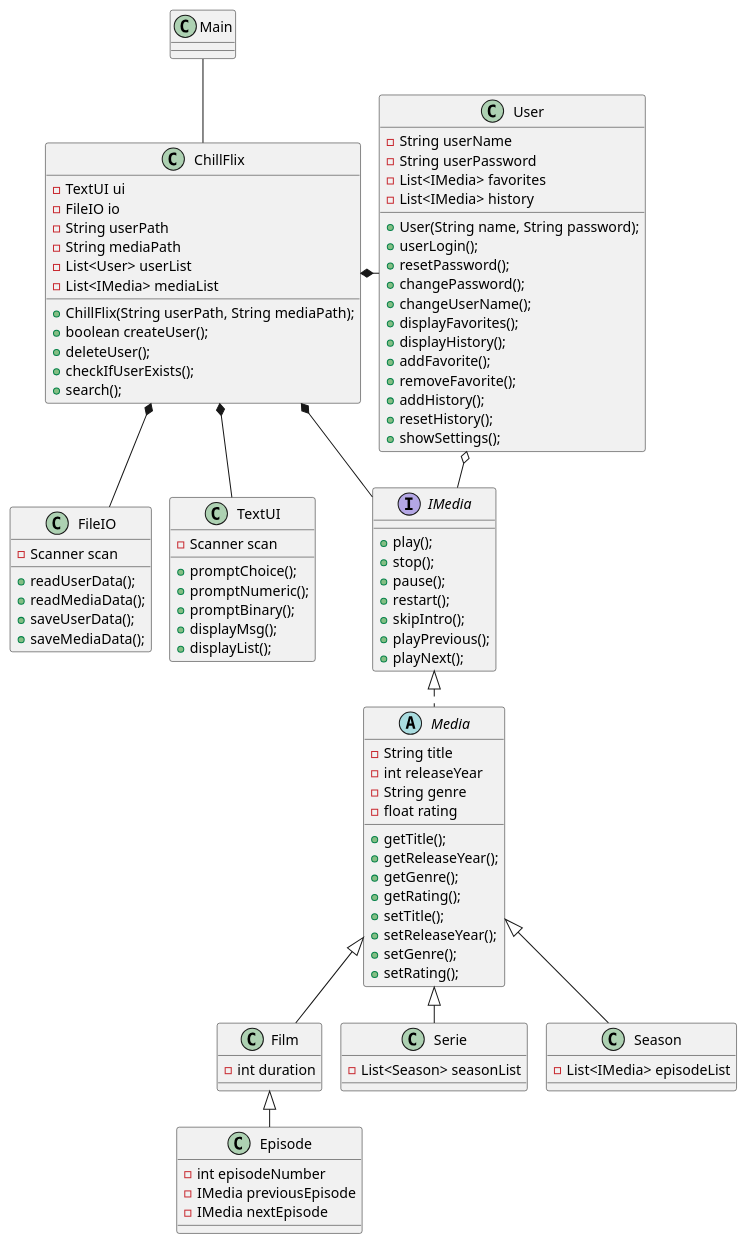
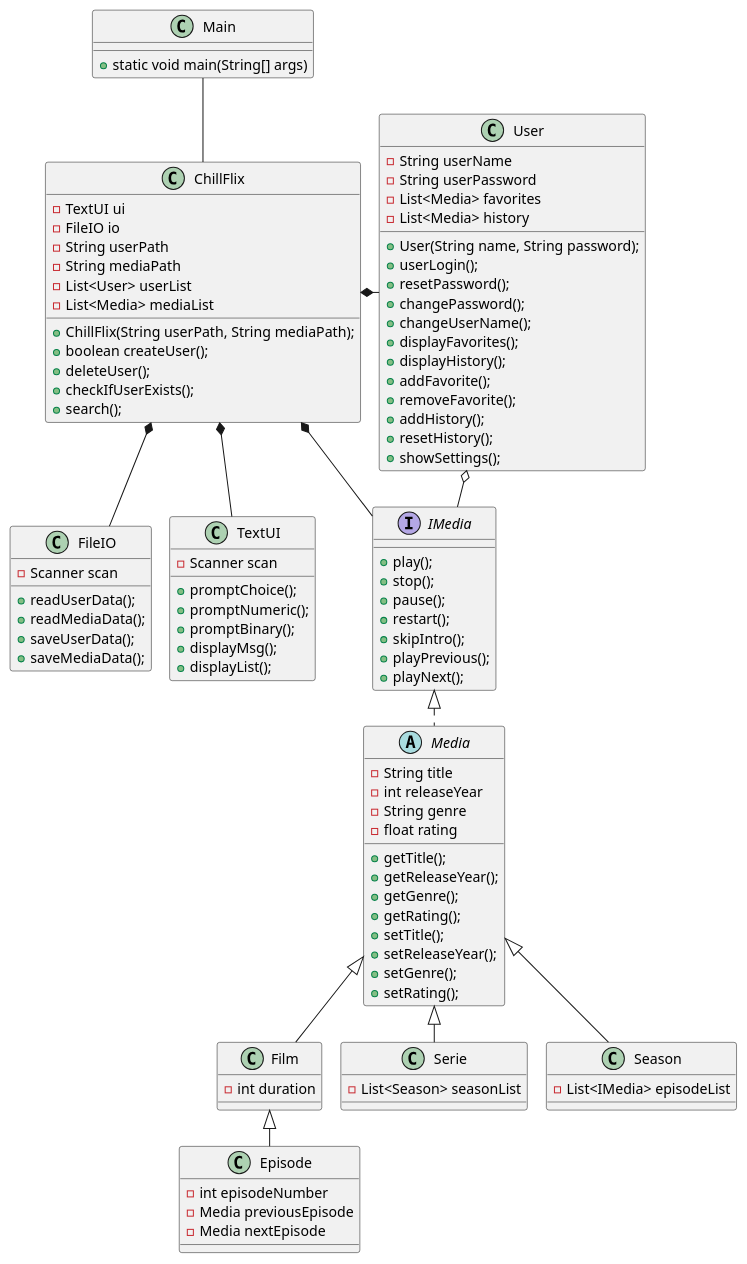
One commit to Falcho/SP3 changed the diagram in docs/classDiagram.puml. Above: the diagram before and after it, drawn with PlantUML.

Commit message:
Opdateret klassediagram v2

```diff
--- a/docs/classDiagram.puml
+++ b/docs/classDiagram.puml
@@ -1,110 +1,114 @@
 @startuml
 'https://plantuml.com/class-diagram
 !pragma layout smetana
+
+Class Main{
++static void main(String[] args)
+}
 
 Class ChillFlix{
 -TextUI ui
 -FileIO io
 -String userPath
 -String mediaPath
 -List<User> userList
--List<IMedia> mediaList
+-List<Media> mediaList
 +ChillFlix(String userPath, String mediaPath);
 +boolean createUser();
 +deleteUser();
 +checkIfUserExists();
 +search();
 }
 
 Class FileIO{
 -Scanner scan
 +readUserData();
 +readMediaData();
 +saveUserData();
 +saveMediaData();
 }
 
 Class TextUI{
 -Scanner scan
 +promptChoice();
 +promptNumeric();
 +promptBinary();
 +displayMsg();
 +displayList();
 
 }
 
 
 Class User{
 -String userName
 -String userPassword
--List<IMedia> favorites
--List<IMedia> history
+-List<Media> favorites
+-List<Media> history
 +User(String name, String password);
 +userLogin();
 +resetPassword();
 +changePassword();
 +changeUserName();
 +displayFavorites();
 +displayHistory();
 +addFavorite();
 +removeFavorite();
 +addHistory();
 +resetHistory();
 +showSettings();
 }
 
 Interface IMedia{
 +play();
 +stop();
 +pause();
 +restart();
 +skipIntro();
 +playPrevious();
 +playNext();
 }
 abstract Class Media{
 -String title
 -int releaseYear
 -String genre
 -float rating
 +getTitle();
 +getReleaseYear();
 +getGenre();
 +getRating();
 +setTitle();
 +setReleaseYear();
 +setGenre();
 +setRating();
 }
 
 Class Film {
 -int duration
 }
 
 Class Serie{
 -List<Season> seasonList
 }
 Class Season{
 -List<IMedia> episodeList
 }
 
 Class Episode{
 -int episodeNumber
--IMedia previousEpisode
--IMedia nextEpisode
+-Media previousEpisode
+-Media nextEpisode
 }
 
 Film <|-- Episode
 Media <|-- Film
 Media <|-- Serie
 Media <|-- Season
 IMedia <|.. Media
 ChillFlix *- User
 ChillFlix *-- IMedia
 ChillFlix *-- FileIO
 ChillFlix *-- TextUI
 Main -- ChillFlix
 User o- IMedia
 
 @enduml
```
